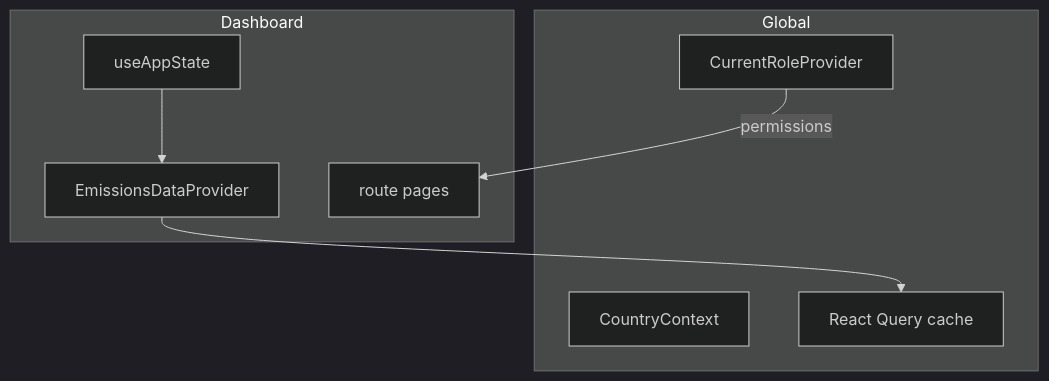
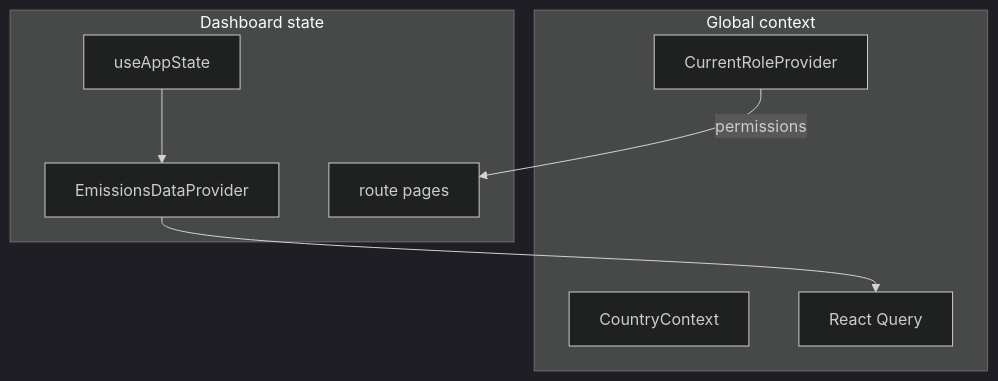
One commit to tseten14/NDC-Dashboard changed the tenth of 10 diagrams in docs/SYSTEM_DESIGN.md. Above: the diagram before and after it, drawn with Mermaid (dark theme). The commit also changed other lines of this file and 2 other files, not shown here.

First line of the commit message:
Fix system design Mermaid labels so text stays inside node boxes.

````diff
--- a/docs/SYSTEM_DESIGN.md
+++ b/docs/SYSTEM_DESIGN.md
@@ -358,18 +365,18 @@
 ```mermaid
 flowchart TB
-  subgraph Global
+  subgraph Global[Global context]
     Country[CountryContext]
     Role[CurrentRoleProvider]
-    QC[React Query cache]
+    QC[React Query]
   end
 
-  subgraph Dashboard
+  subgraph Dash[Dashboard state]
     AppState[useAppState]
     Emissions[EmissionsDataProvider]
     Pages[route pages]
   end
 
   AppState --> Emissions
   Emissions --> QC
   Role -->|permissions| Pages
 ```
````
